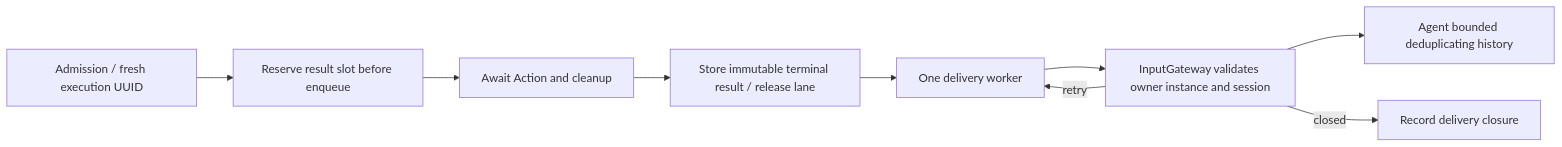
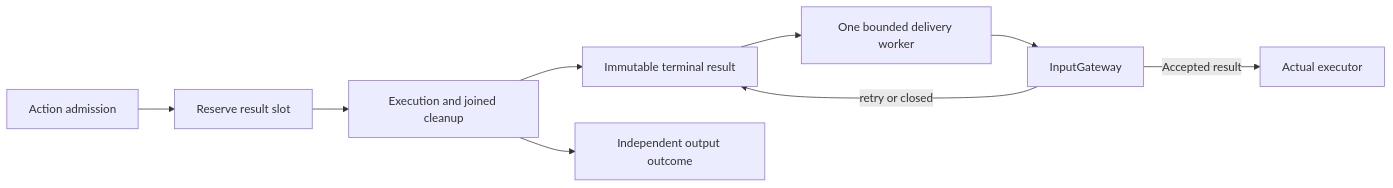
The diagram in MobileHarness/Gateway/Output/Results/README.md (devilyouwei/MobileHarness), drawn with Mermaid before and after one commit. The commit also changed other lines of this file and 116 other files, not shown here.

````diff
--- a/MobileHarness/Gateway/Output/Results/README.md
+++ b/MobileHarness/Gateway/Output/Results/README.md
@@ -7,11 +15,11 @@
 ```mermaid
 flowchart LR
-    Admit[Admission / fresh execution UUID] --> Reserve[Reserve result slot before enqueue]
-    Reserve --> Execute[Await Action and cleanup]
-    Execute --> Result[Store immutable terminal result / release lane]
-    Result --> Deliver[One delivery worker]
-    Deliver --> Gateway[InputGateway validates owner instance and session]
-    Gateway --> Inbox[Agent bounded deduplicating history]
-    Gateway -->|retry| Deliver
-    Gateway -->|closed| History[Record delivery closure]
+ Admit[Action admission] --> Reserve[Reserve result slot]
+ Reserve --> Execute[Execution and joined cleanup]
+ Execute --> Ledger[Immutable terminal result]
+ Ledger --> Delivery[One bounded delivery worker]
+ Delivery --> Input[InputGateway]
+ Input -->|Accepted result| Agent[Actual executor]
+ Input -->|retry or closed| Ledger
+ Execute --> Diagnostics[Independent output outcome]
 ```
````
